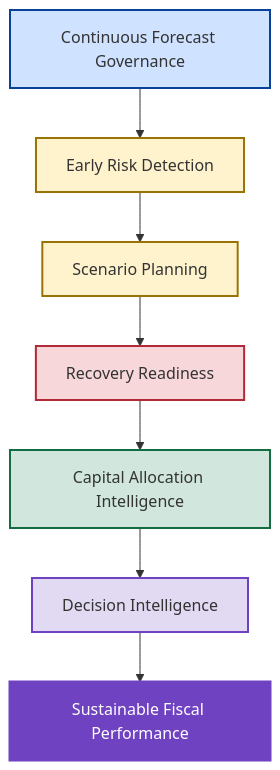
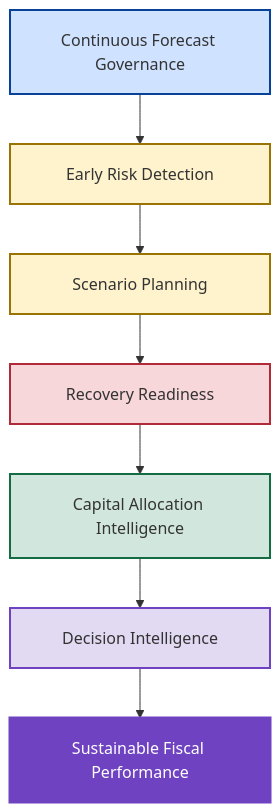
Before and after one commit to AwesomeAnil/newbridge-saas-operating-system: the third of 3 diagrams in 12_Next_Generation_Operating_Model/next-generation-revenue-operating-model.md, drawn with Mermaid. The commit also changed other lines of this file, not shown here.

````diff
--- a/12_Next_Generation_Operating_Model/next-generation-revenue-operating-model.md
+++ b/12_Next_Generation_Operating_Model/next-generation-revenue-operating-model.md
@@ -329,31 +305,19 @@
 ```mermaid
 flowchart TD
 
-A["Continuous Forecast Governance"]
+A["<table><tr><td width='350' align='center'>Continuous Forecast Governance</td></tr></table>"] --> B["<table><tr><td width='350' align='center'>Early Risk Detection</td></tr></table>"]
+B --> C["<table><tr><td width='350' align='center'>Scenario Planning</td></tr></table>"]
+C --> D["<table><tr><td width='350' align='center'>Recovery Readiness</td></tr></table>"]
+D --> E["<table><tr><td width='350' align='center'>Capital Allocation Intelligence</td></tr></table>"]
+E --> F["<table><tr><td width='350' align='center'>Decision Intelligence</td></tr></table>"]
+F --> G["<table><tr><td width='350' align='center'>Sustainable Fiscal Performance</td></tr></table>"]
 
---> B["Early Risk Detection"]
-
---> C["Scenario Planning"]
-
---> D["Recovery Readiness"]
-
---> E["Capital Allocation Intelligence"]
-
---> F["Decision Intelligence"]
-
---> G["Sustainable Fiscal Performance"]
-
+%% Individual Node Color Overrides
 style A fill:#cfe2ff,stroke:#084298,stroke-width:2px
-
 style B fill:#fff3cd,stroke:#997404,stroke-width:2px
-
 style C fill:#fff3cd,stroke:#997404,stroke-width:2px
-
 style D fill:#f8d7da,stroke:#b02a37,stroke-width:2px
-
 style E fill:#d1e7dd,stroke:#146c43,stroke-width:2px
-
 style F fill:#e2d9f3,stroke:#6f42c1,stroke-width:2px
-
 style G fill:#6f42c1,color:#ffffff,stroke:#6f42c1,stroke-width:3px
 ```
````
